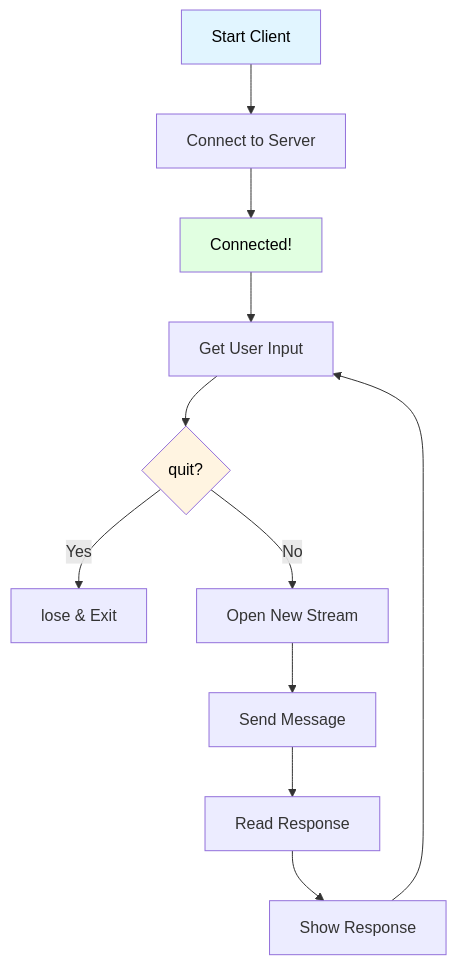
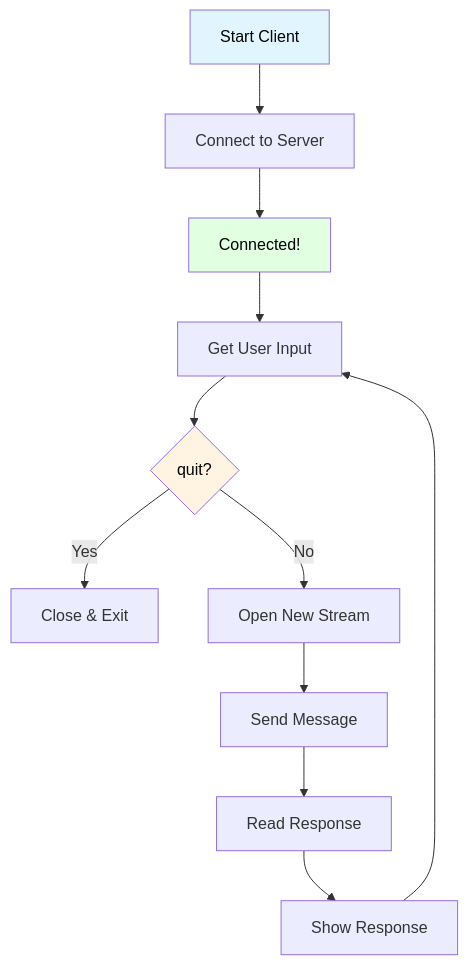
One commit to quic-go/webtransport-go changed the second of 2 diagrams in examples/helloWorld/README.md. Above: the diagram before and after it, drawn with Mermaid. The commit also changed other lines of this file and 3 other files, not shown here.

````diff
--- a/examples/helloWorld/README.md
+++ b/examples/helloWorld/README.md
@@ -77,17 +77,17 @@
 ```mermaid
 flowchart TD
     A[Start Client] --> B[Connect to Server]
     B --> C[Connected!]
     C --> D[Get User Input]
     D --> E{quit?}
-    E -->|Yes| F[lose & Exit]
+    E -->|Yes| F[Close & Exit]
     E -->|No| G[Open New Stream]
     G --> H[Send Message]
     H --> I[Read Response]
     I --> J[Show Response]
     J --> D
 
     style A fill:#e1f5ff,color:#000
     style C fill:#e1ffe1,color:#000
     style E fill:#fff4e1,color:#000
 ```
````
